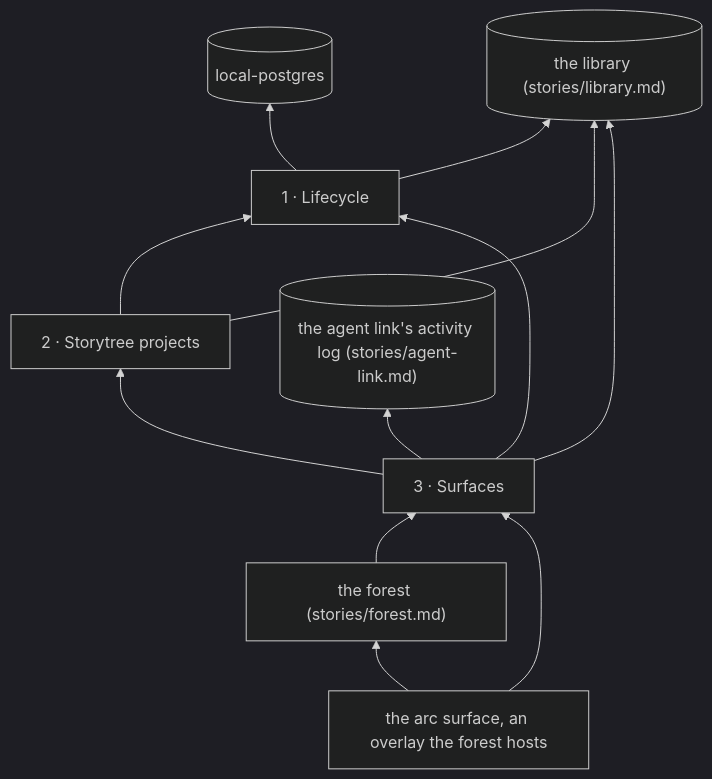
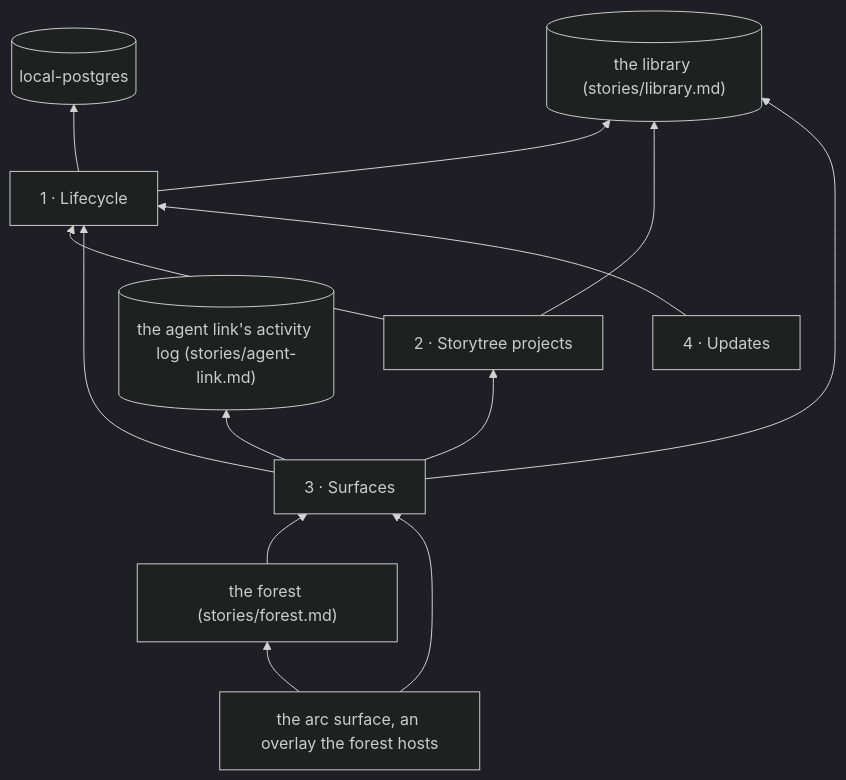
Before and after one commit to storytree-ai/Storytree: the diagram in stories/app.md, drawn with Mermaid (dark theme). The commit also changed other lines of this file and 2 other files, not shown here.

````diff
--- a/stories/app.md
+++ b/stories/app.md
@@ -57,22 +57,24 @@
 ```mermaid
 flowchart BT
   L["1 · Lifecycle"]
   P["2 · Storytree projects"]
   S["3 · Surfaces"]
   PG[("local-postgres")]
   LIB[("the library (stories/library.md)")]
   LOG[("the agent link's activity log (stories/agent-link.md)")]
   F["the forest (stories/forest.md)"]
   A["the arc surface, an overlay the forest hosts"]
   L --> PG
   L --> LIB
   P --> L
   P --> LIB
   S --> P
   S --> L
   S --> LIB
   S --> LOG
+  U["4 · Updates"]
+  U --> L
   F --> S
   A --> F
   A --> S
 ```
````
